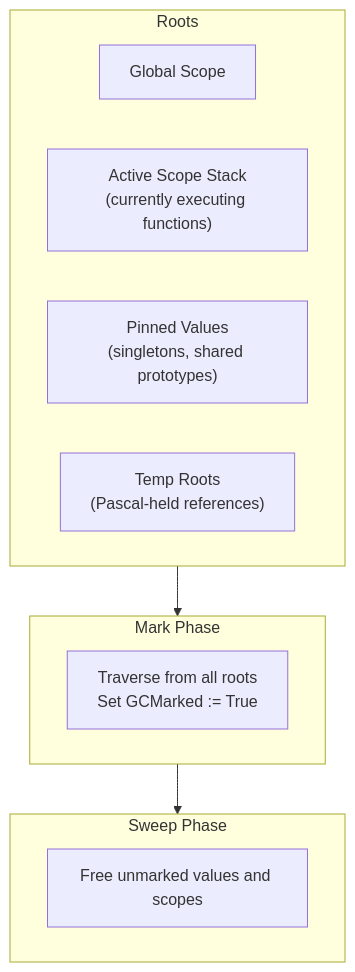
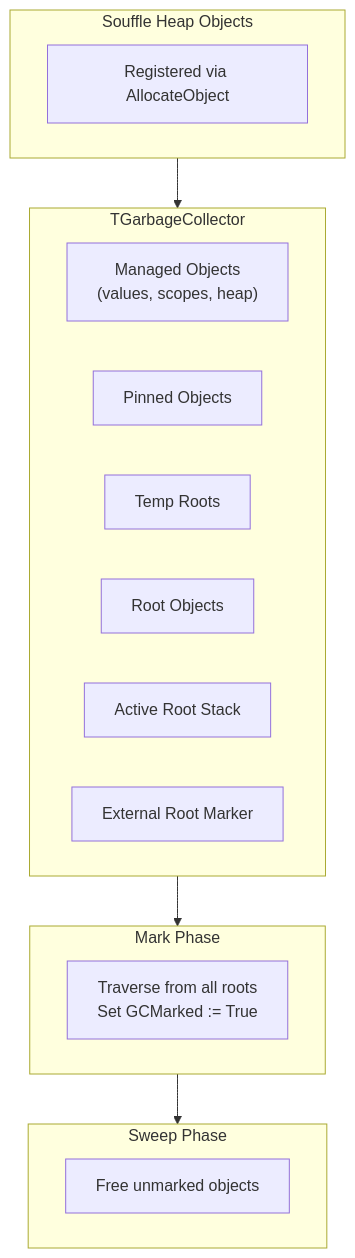
Before and after one commit to frostney/GocciaScript: the fifth of 5 diagrams in docs/architecture.md, drawn with Mermaid. The commit also changed other lines of this file and 60 other files, not shown here.

````diff
--- a/docs/architecture.md
+++ b/docs/architecture.md
@@ -354,16 +363,22 @@
 ```mermaid
 flowchart TD
-    subgraph Roots
-        Global["Global Scope"]
-        Active["Active Scope Stack\n(currently executing functions)"]
-        Pinned["Pinned Values\n(singletons, shared prototypes)"]
-        Temp["Temp Roots\n(Pascal-held references)"]
+    subgraph GC["TGarbageCollector"]
+        ManagedObjects["Managed Objects\n(values, scopes, heap)"]
+        PinnedObjects["Pinned Objects"]
+        TempRoots["Temp Roots"]
+        RootObjects["Root Objects"]
+        ActiveRootStack["Active Root Stack"]
+        ExternalMarker["External Root Marker"]
+    end
+    subgraph SouffleObjects["Souffle Heap Objects"]
+        AllocateObject["Registered via AllocateObject"]
     end
     subgraph Mark["Mark Phase"]
         Traverse["Traverse from all roots\nSet GCMarked := True"]
     end
     subgraph Sweep["Sweep Phase"]
-        Free["Free unmarked values and scopes"]
+        Free["Free unmarked objects"]
     end
-    Roots --> Mark --> Sweep
+    GC --> Mark --> Sweep
+    SouffleObjects --> GC
 ```
````
